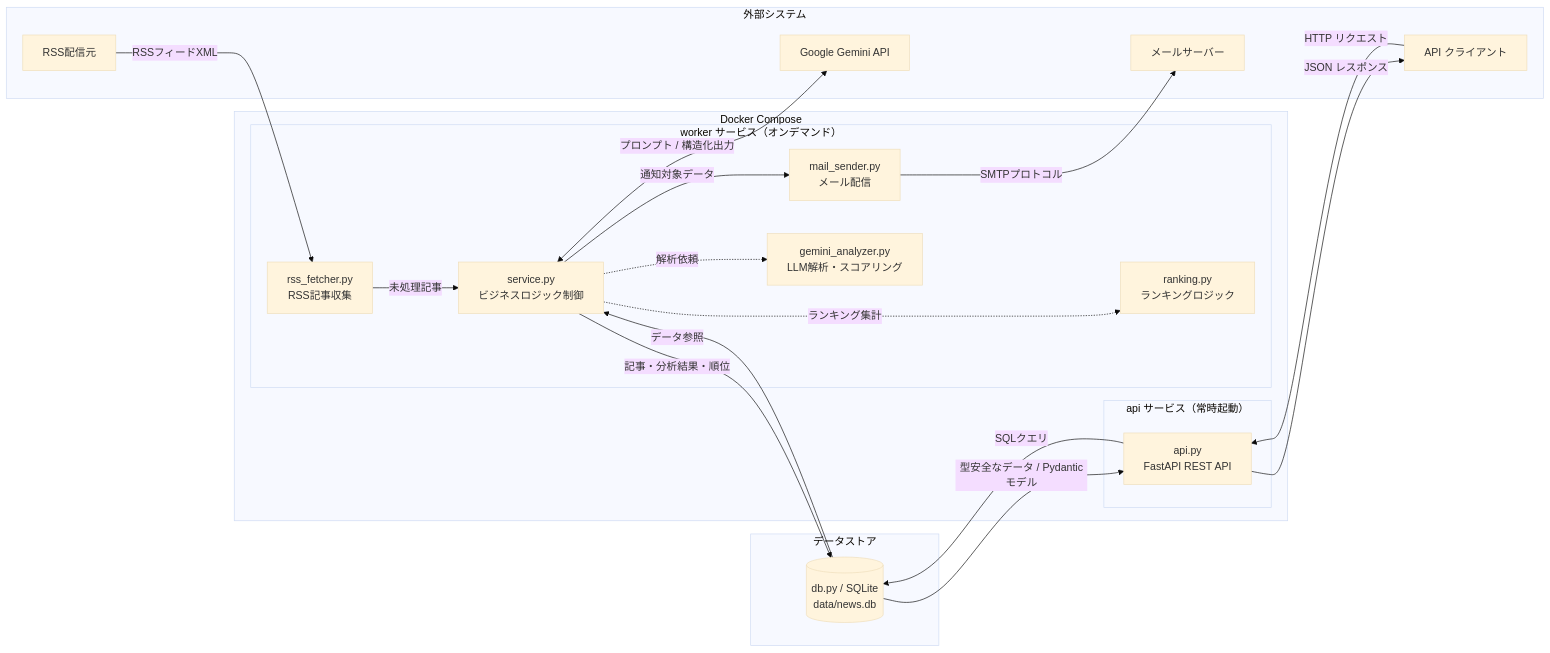
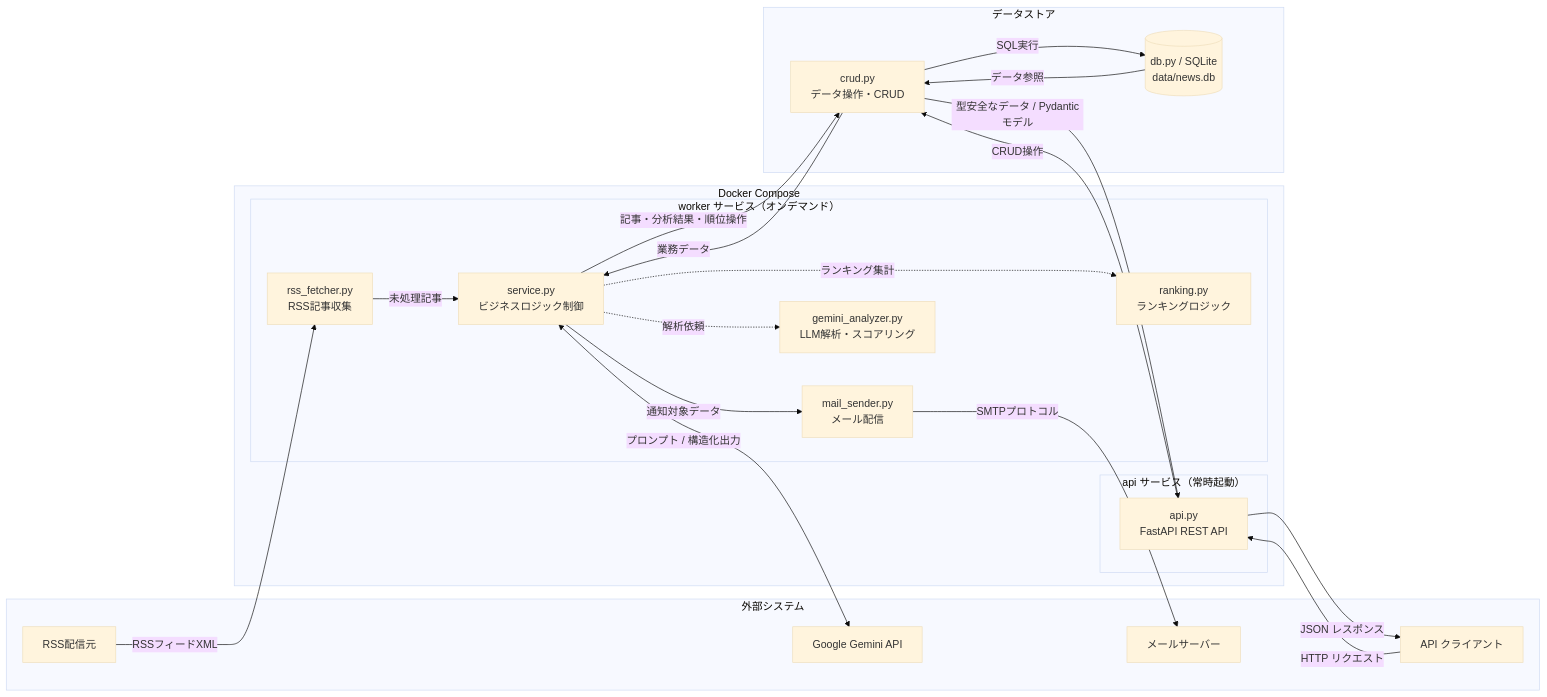
The first of 2 diagrams in README.md (neucorino/itnews-autocollector), drawn with Mermaid (base theme) before and after one commit. The commit also changed other lines of this file and 2 other files, not shown here.

````diff
--- a/README.md
+++ b/README.md
@@ -184,44 +188,47 @@
 ```mermaid
 flowchart LR
     subgraph ext["外部システム"]
         Web[RSS配信元]
         GeminiAPI[Google Gemini API]
         SMTP[メールサーバー]
         Client[API クライアント]
     end
 
     subgraph dc["Docker Compose"]
         subgraph api["api サービス（常時起動）"]
             apiMod[api.py<br/>FastAPI REST API]
         end
         subgraph worker["worker サービス（オンデマンド）"]
             fetch[rss_fetcher.py<br/>RSS記事収集]
             service[service.py<br/>ビジネスロジック制御]
             analyze[gemini_analyzer.py<br/>LLM解析・スコアリング]
             rank[ranking.py<br/>ランキングロジック]
             notify[mail_sender.py<br/>メール配信]
         end
     end
 
     subgraph ds["データストア"]
         storage[(db.py / SQLite<br/>data/news.db)]
+        crudMod[crud.py<br/>データ操作・CRUD]
     end
 
     Web -->|RSSフィードXML| fetch
     fetch -->|未処理記事| service
     service <-->|プロンプト / 構造化出力| GeminiAPI
     service -.->|解析依頼| analyze
     service -.->|ランキング集計| rank
-    service -->|記事・分析結果・順位| storage
-    storage -->|データ参照| service
+    service -->|記事・分析結果・順位操作| crudMod
+    crudMod -->|SQL実行| storage
+    storage -->|データ参照| crudMod
+    crudMod -->|業務データ| service
     service -->|通知対象データ| notify
     notify -->|SMTPプロトコル| SMTP
 
     Client -->|HTTP リクエスト| apiMod
-    apiMod -->|SQLクエリ| storage
-    storage -->|型安全なデータ / Pydanticモデル| apiMod
+    apiMod -->|CRUD操作| crudMod
+    crudMod -->|型安全なデータ / Pydanticモデル| apiMod
     apiMod -->|JSON レスポンス| Client
 
     analyze ~~~ rank
-    
+
 ```
````
